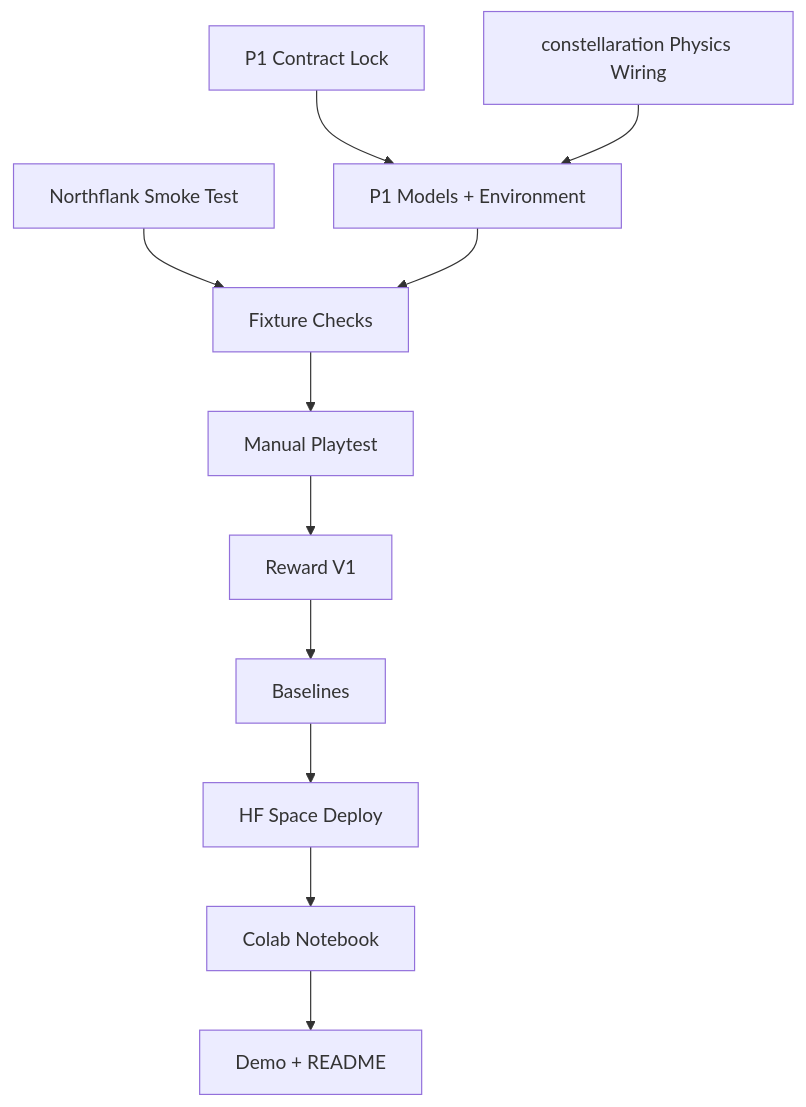
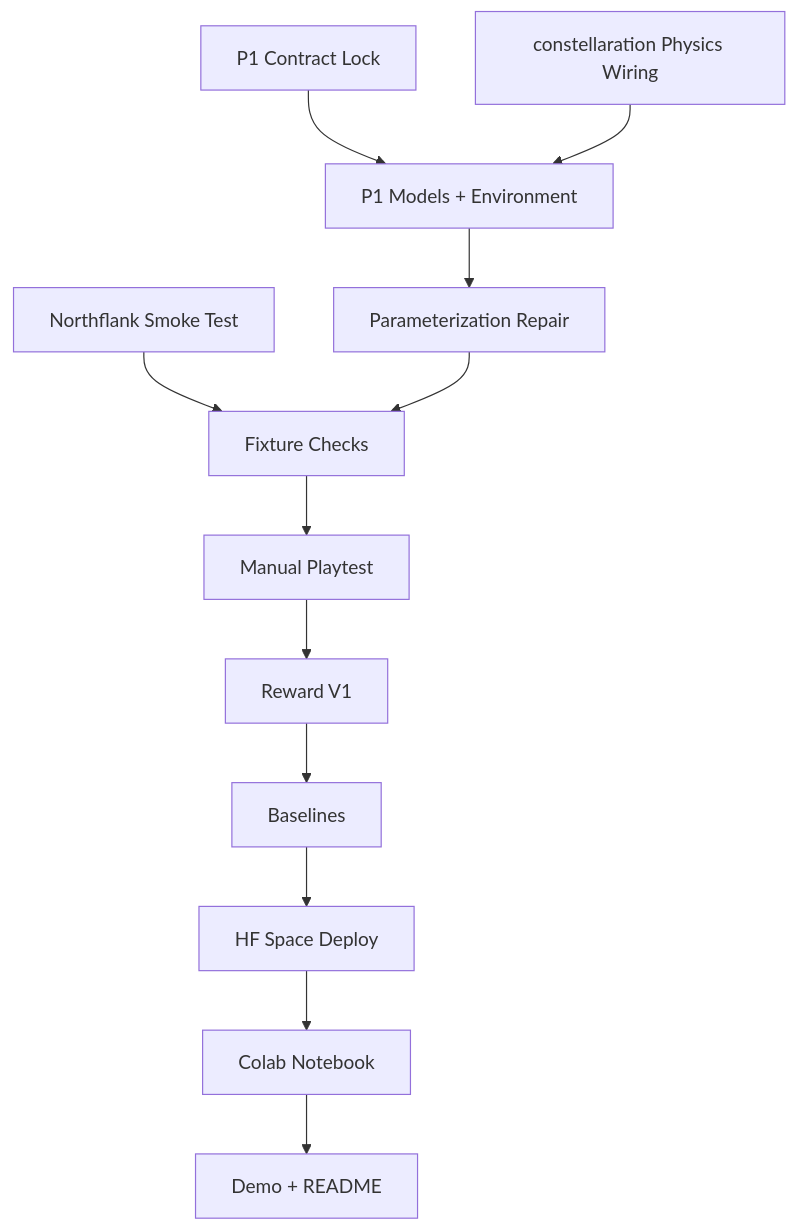
The diagram in TODO.md (jungdaesuh/fusion-design-lab), drawn with Mermaid before and after one commit. The commit also changed other lines of this file and 7 other files, not shown here.

````diff
--- a/TODO.md
+++ b/TODO.md
@@ -37,13 +44,14 @@
 ```mermaid
 flowchart TD
     A["Northflank Smoke Test"] --> E["Fixture Checks"]
     B["P1 Contract Lock"] --> D["P1 Models + Environment"]
     C["constellaration Physics Wiring"] --> D
-    D --> E["Fixture Checks"]
+    D --> P["Parameterization Repair"]
+    P --> E["Fixture Checks"]
     E --> F["Manual Playtest"]
     F --> G["Reward V1"]
     G --> H["Baselines"]
     H --> I["HF Space Deploy"]
     I --> J["Colab Notebook"]
     J --> K["Demo + README"]
 ```
````
